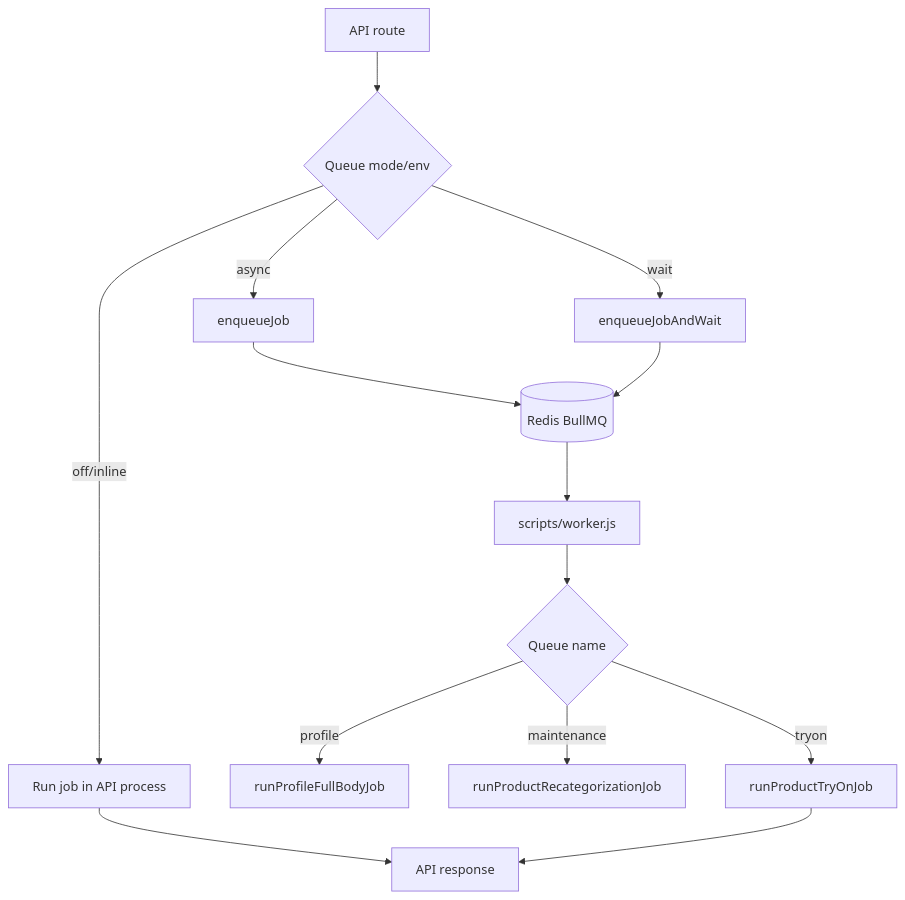
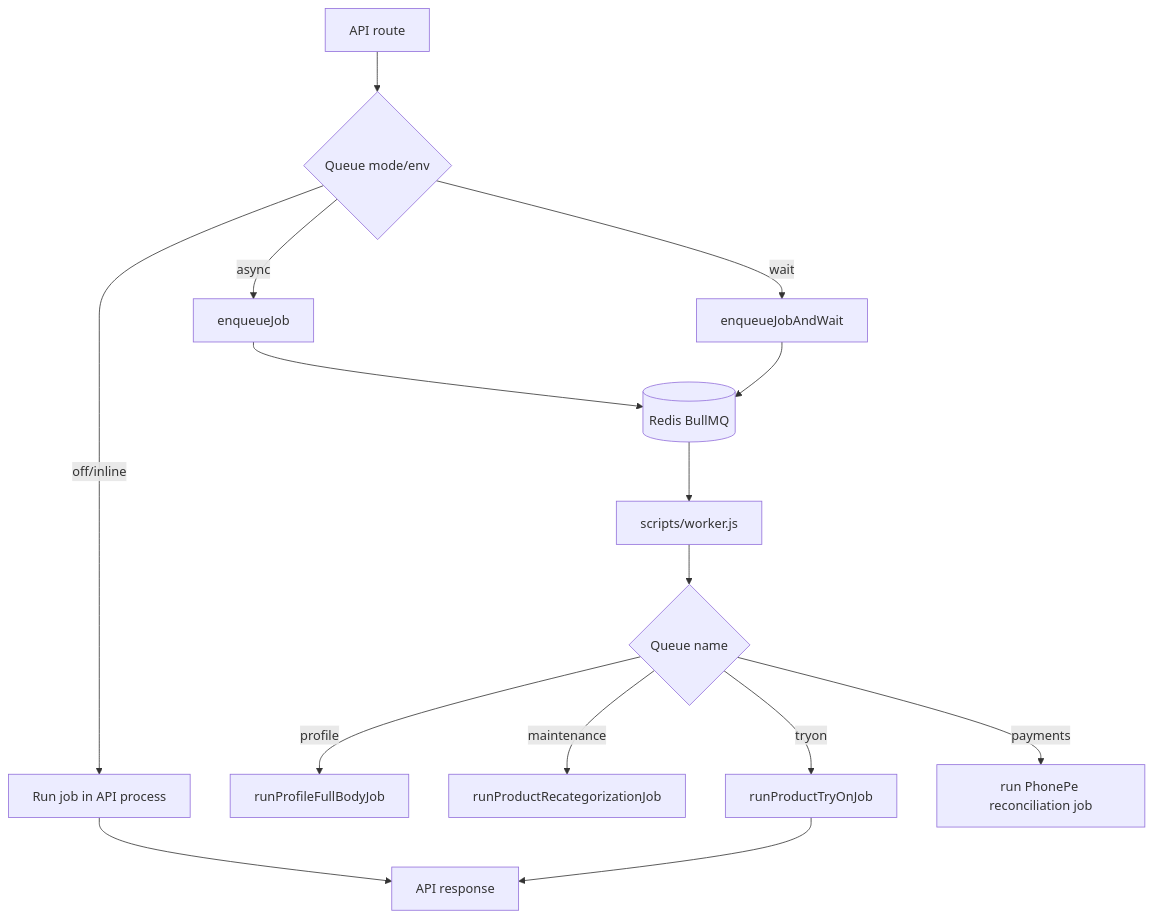
Before and after one commit to Office50505/Lookmefy-Unified-Backend: the tenth of 11 diagrams in docs/LOOKMEFY_ARCHITECTURE_MAP.md, drawn with Mermaid. The commit also changed other lines of this file and 31 other files, not shown here.

````diff
--- a/docs/LOOKMEFY_ARCHITECTURE_MAP.md
+++ b/docs/LOOKMEFY_ARCHITECTURE_MAP.md
@@ -737,16 +739,17 @@
 ```mermaid
 flowchart TD
   API[API route] --> Mode{Queue mode/env}
   Mode -->|off/inline| Inline[Run job in API process]
   Mode -->|async| Enqueue[enqueueJob]
   Mode -->|wait| EnqueueWait[enqueueJobAndWait]
   Enqueue --> Redis[(Redis BullMQ)]
   EnqueueWait --> Redis
   Redis --> Worker[scripts/worker.js]
   Worker --> Processor{Queue name}
   Processor -->|profile| ProfileJob[runProfileFullBodyJob]
   Processor -->|maintenance| Recategorize[runProductRecategorizationJob]
   Processor -->|tryon| TryOnJob[runProductTryOnJob]
+  Processor -->|payments| PaymentJob[run PhonePe reconciliation job]
   Inline --> Result[API response]
   TryOnJob --> Result
 ```
````
